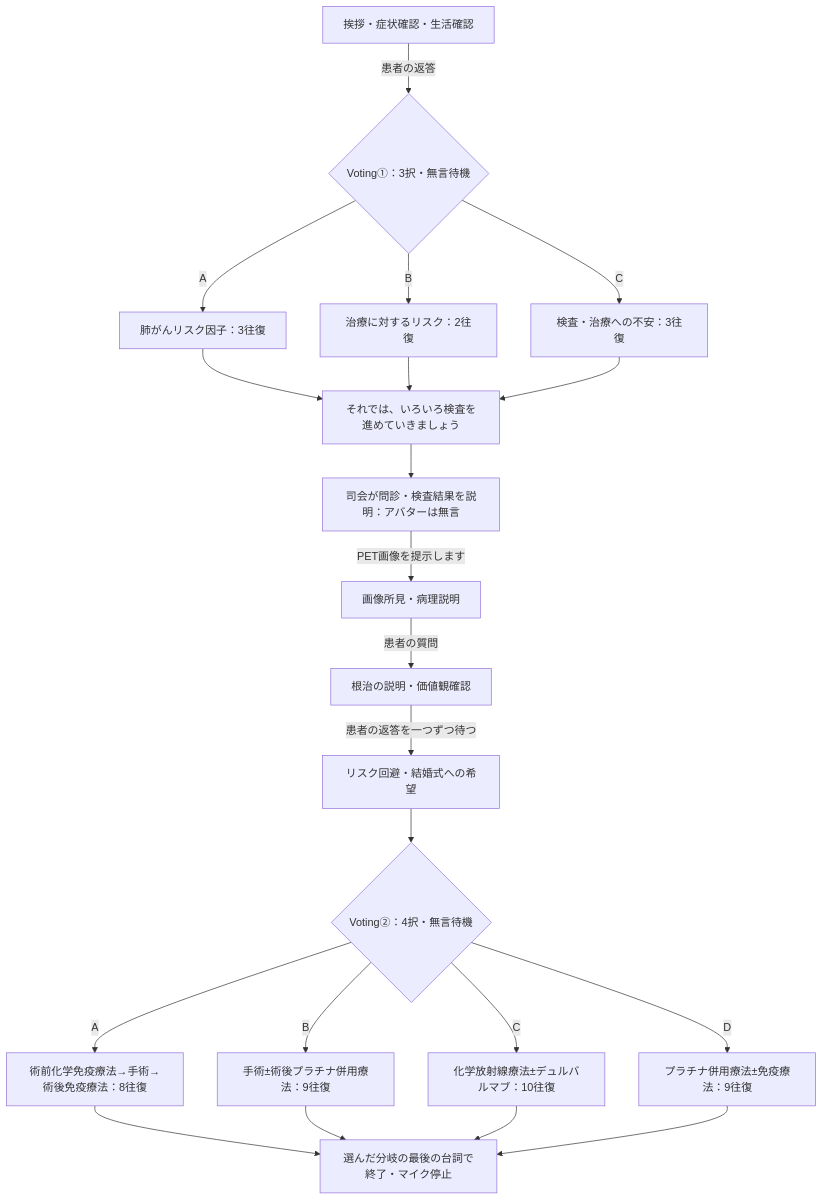
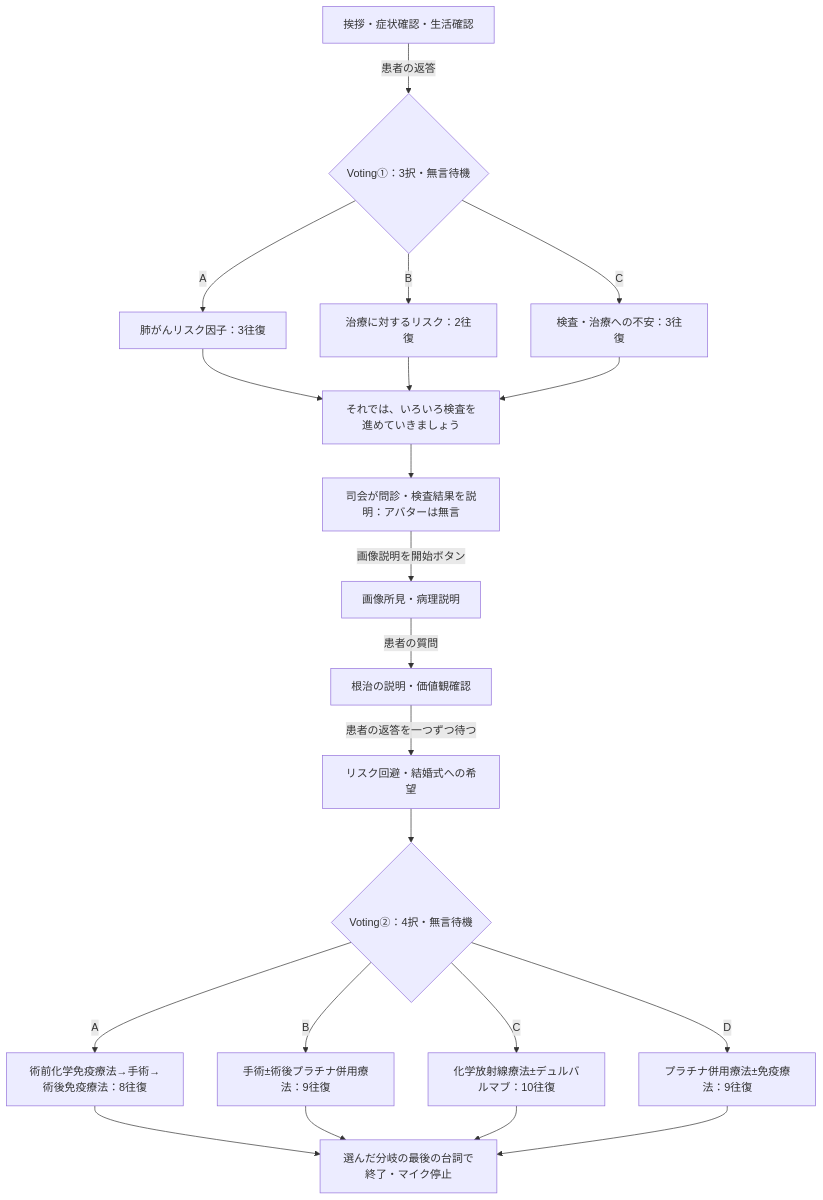
One commit to Kohei-Arita/yamamoto-avatar-scenario changed the first of 3 diagrams in README.md. Above: the diagram before and after it, drawn with Mermaid. The commit also changed other lines of this file and 20 other files, not shown here.

````diff
--- a/README.md
+++ b/README.md
@@ -33,18 +33,18 @@
 ```mermaid
 flowchart TD
   A[挨拶・症状確認・生活確認] -->|患者の返答| V1{Voting①：3択・無言待機}
   V1 -->|A| Q1[肺がんリスク因子：3往復]
   V1 -->|B| Q2[治療に対するリスク：2往復]
   V1 -->|C| Q3[検査・治療への不安：3往復]
   Q1 & Q2 & Q3 --> H[それでは、いろいろ検査を進めていきましょう]
   H --> M[司会が問診・検査結果を説明：アバターは無言]
-  M -->|PET画像を提示します| I[画像所見・病理説明]
+  M -->|画像説明を開始ボタン| I[画像所見・病理説明]
   I -->|患者の質問| C[根治の説明・価値観確認]
   C -->|患者の返答を一つずつ待つ| W[リスク回避・結婚式への希望]
   W --> V2{Voting②：4択・無言待機}
   V2 -->|A| T1[術前化学免疫療法→手術→術後免疫療法：8往復]
   V2 -->|B| T2[手術±術後プラチナ併用療法：9往復]
   V2 -->|C| T3[化学放射線療法±デュルバルマブ：10往復]
   V2 -->|D| T4[プラチナ併用療法±免疫療法：9往復]
   T1 & T2 & T3 & T4 --> Z[選んだ分岐の最後の台詞で終了・マイク停止]
 ```
````
